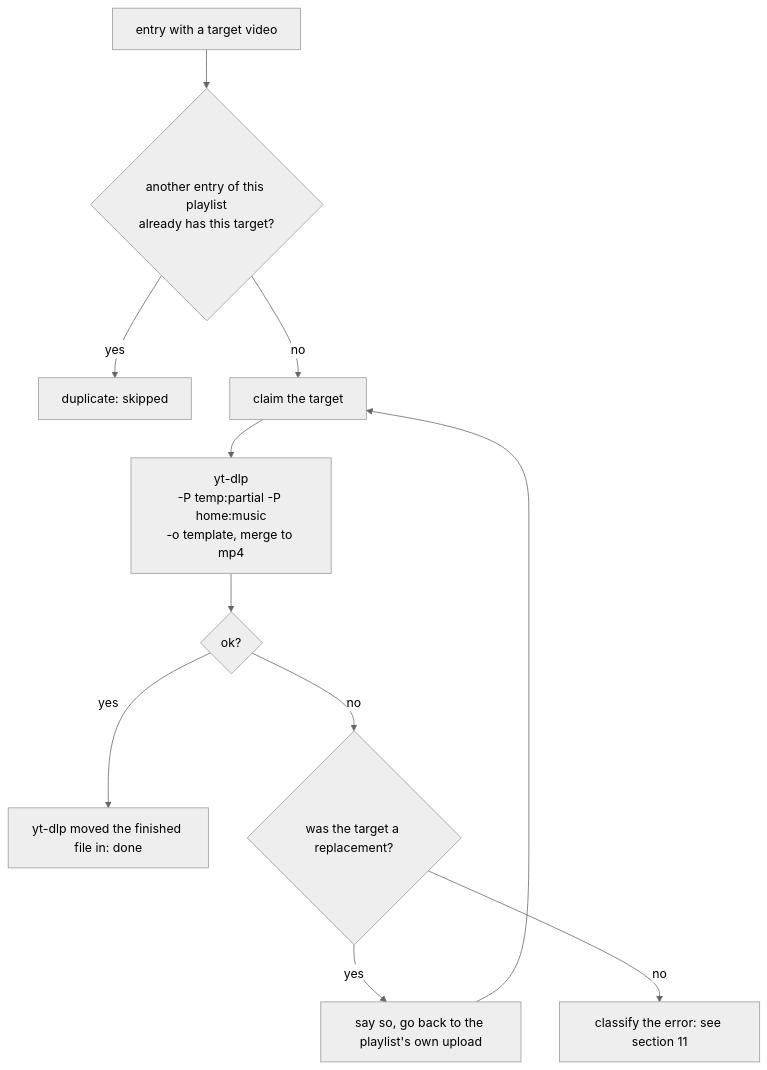
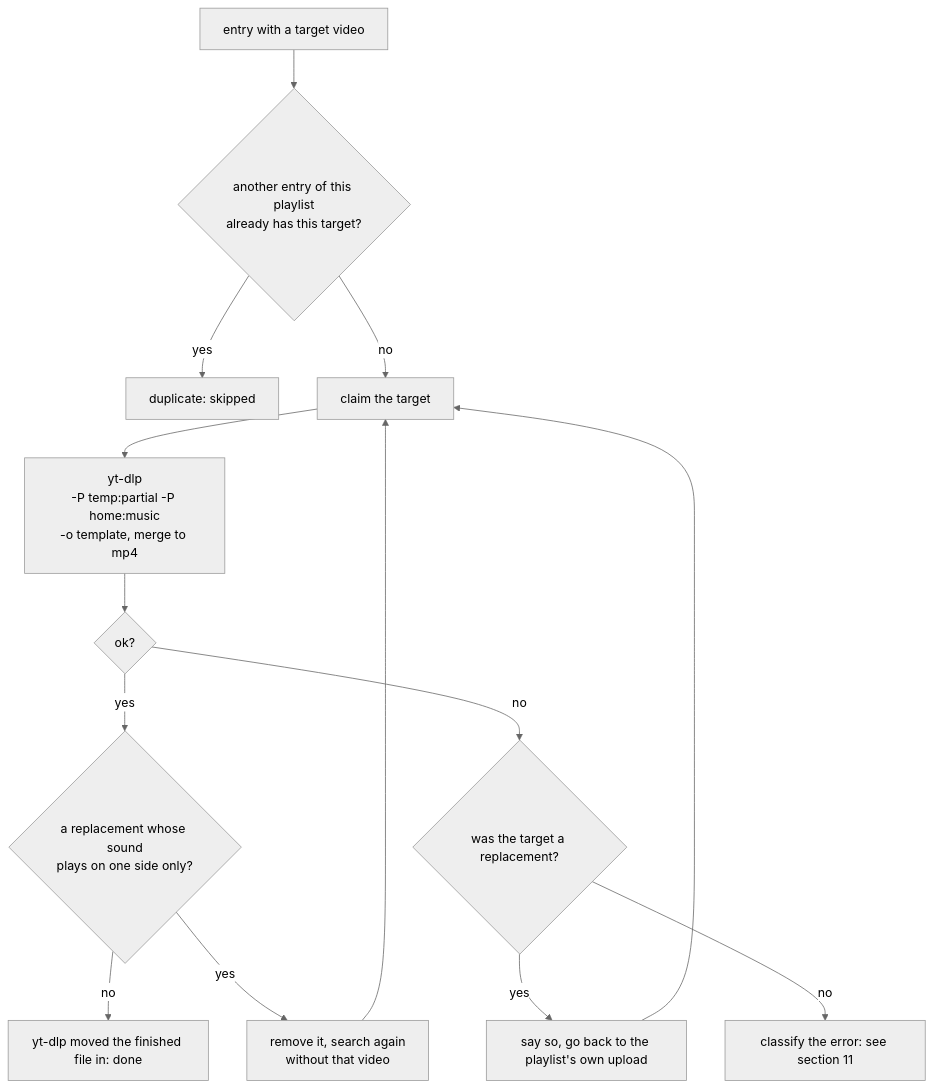
Diagram 12 of 18 in nerdy-info.md (russoedu/MVD), drawn with Mermaid (neutral theme) before and after one commit. The commit also changed other lines of this file and 25 other files, not shown here.

First line of the commit message:
fix: search again when a download plays on one side only, and save with the system's window (#159, #160)

````diff
--- a/nerdy-info.md
+++ b/nerdy-info.md
@@ -545,13 +552,16 @@
 ```mermaid
 flowchart TD
   A[entry with a target video] --> B{another entry of this playlist<br/>already has this target?}
   B -->|yes| C[duplicate: skipped]
   B -->|no| D[claim the target]
   D --> E["yt-dlp<br/>-P temp:partial -P home:music<br/>-o template, merge to mp4"]
   E --> F{ok?}
-  F -->|yes| G[yt-dlp moved the finished file in: done]
+  F -->|yes| K{"a replacement whose sound<br/>plays on one side only?"}
+  K -->|no| G[yt-dlp moved the finished file in: done]
+  K -->|yes| L["remove it, search again<br/>without that video"]
+  L --> D
   F -->|no| H{was the target a replacement?}
   H -->|yes| I[say so, go back to the playlist's own upload]
   I --> D
   H -->|no| J[classify the error: see section 11]
 ```
````
